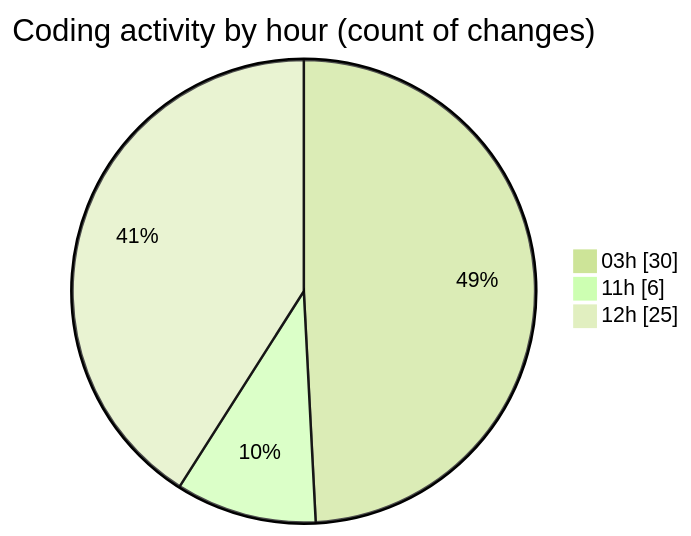
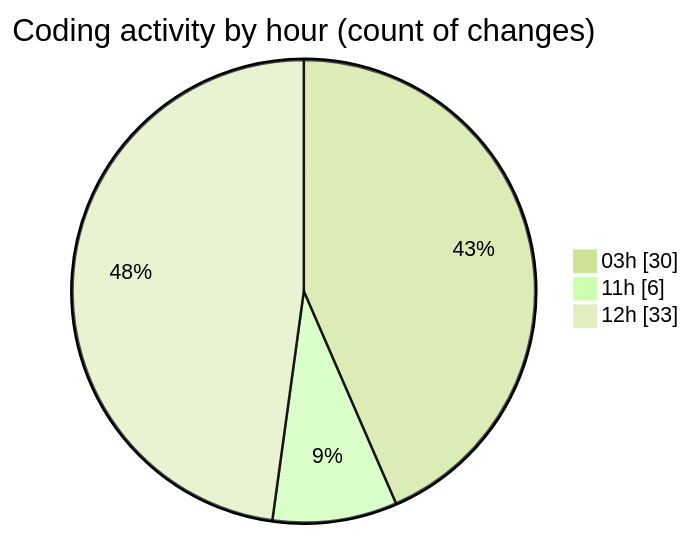
Before and after one commit to lephambinh05/code-tracking: the second of 2 diagrams in 2025-09-13/napxuvn/README.md, drawn with Mermaid (forest theme). The commit also changed other lines of this file and 1 other file, not shown here.

````diff
--- a/2025-09-13/napxuvn/README.md
+++ b/2025-09-13/napxuvn/README.md
@@ -54,7 +57,7 @@
 ```mermaid
 pie showData
 title Coding activity by hour (count of changes)
 "03h" : 30
 "11h" : 6
-"12h" : 25
+"12h" : 33
 ```
````
